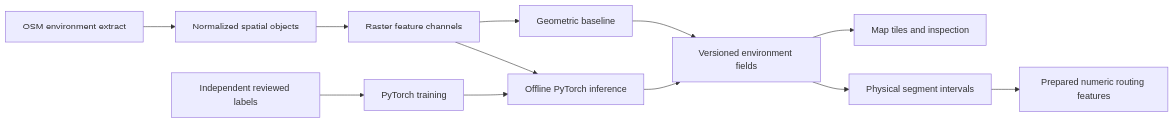
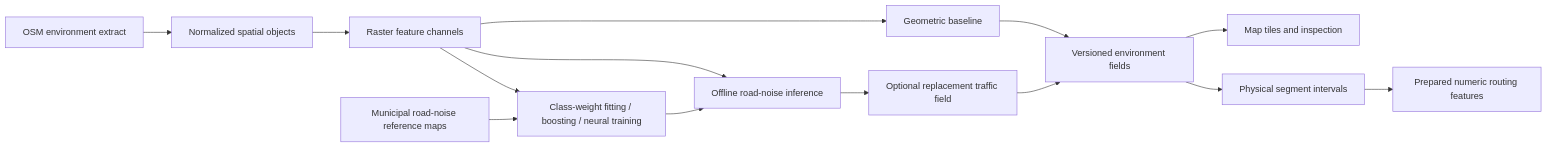
The diagram in docs/environment-preferences.md (anttimc/runmap), drawn with Mermaid before and after one commit. The commit also changed other lines of this file and 4 other files, not shown here.

Commit message:
docs: split environment roadmap into routing and road-noise tracks

````diff
--- a/docs/environment-preferences.md
+++ b/docs/environment-preferences.md
@@ -109,14 +110,16 @@
 ```mermaid
 flowchart LR
     OSM[OSM environment extract] --> Objects[Normalized spatial objects]
     Objects --> Features[Raster feature channels]
     Features --> Baseline[Geometric baseline]
-    Features --> Model[Offline PyTorch inference]
-    Labels[Independent reviewed labels] --> Training[PyTorch training]
+    Features --> Model[Offline road-noise inference]
+    Labels[Municipal road-noise reference maps] --> Training[Class-weight fitting / boosting / neural training]
+    Features --> Training
     Training --> Model
     Baseline --> Fields[Versioned environment fields]
-    Model --> Fields
+    Model --> Traffic[Optional replacement traffic field]
+    Traffic --> Fields
     Fields --> Tiles[Map tiles and inspection]
     Fields --> Intervals[Physical segment intervals]
     Intervals --> Numeric[Prepared numeric routing features]
 ```
````
